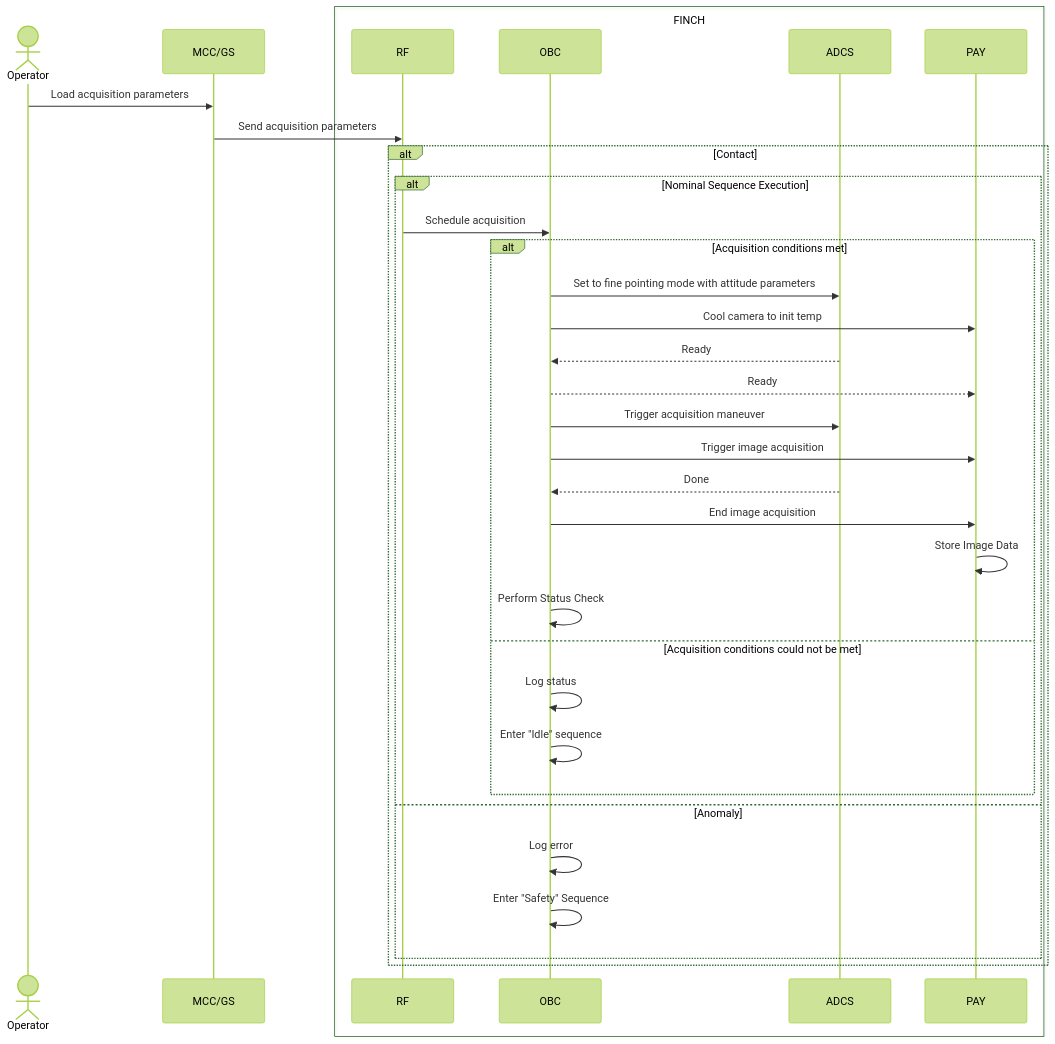
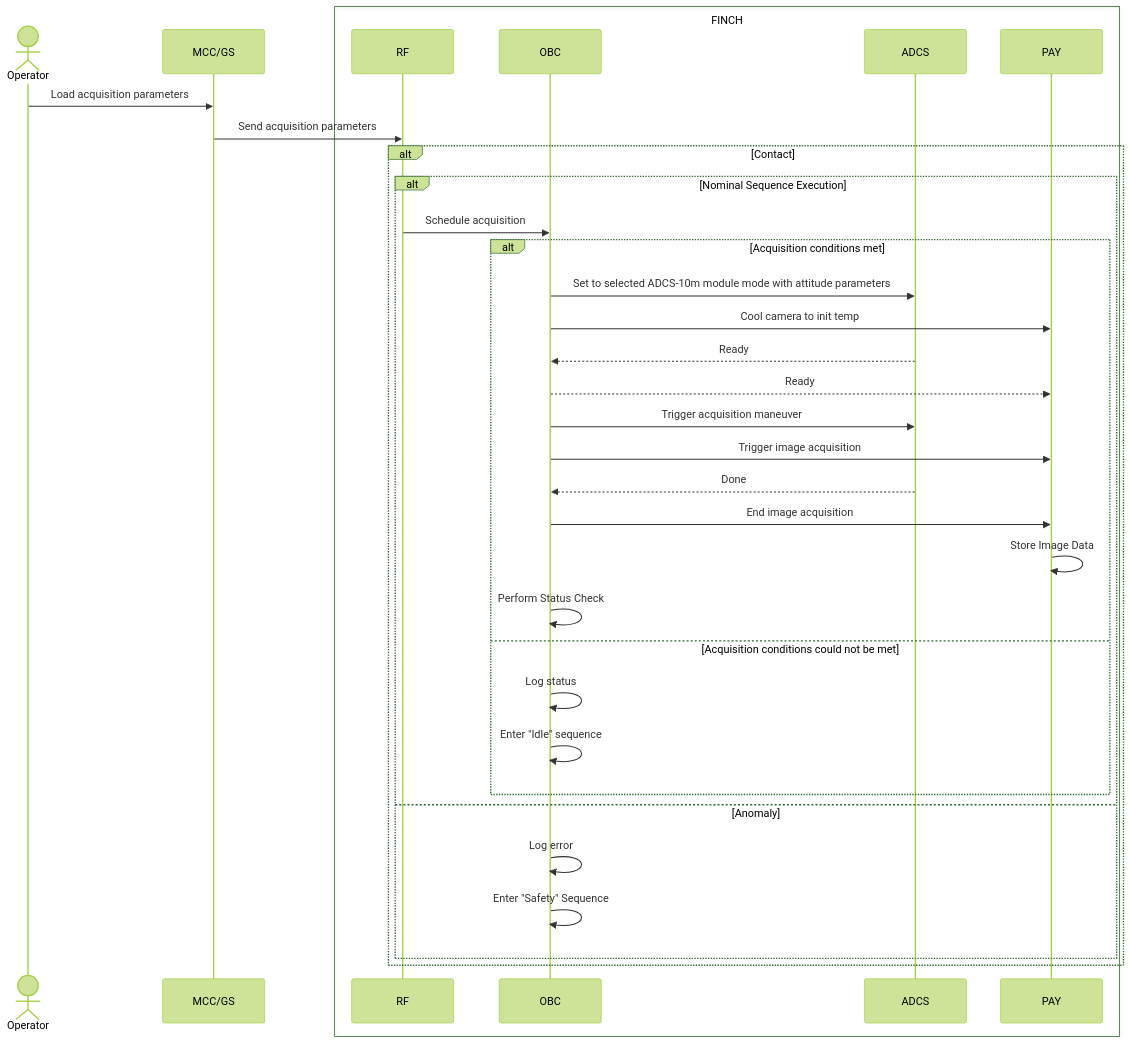
One commit to utat-ss/FINCH-sequence-diagrams changed the diagram in command sequences/acquisition-command.md. Above: the diagram before and after it, drawn with Mermaid (forest theme).

````diff
--- a/command sequences/acquisition-command.md
+++ b/command sequences/acquisition-command.md
@@ -2,44 +2,44 @@
 ```mermaid
 sequenceDiagram
     Actor Operator
     participant MCC/GS
     box FINCH
         participant RF
         participant OBC
         participant ADCS
         participant PAY
     end
 
     Operator->>MCC/GS: Load acquisition parameters
     MCC/GS->>RF: Send acquisition parameters
 
     alt Contact
         alt Nominal Sequence Execution
             RF->>OBC: Schedule acquisition
     
             alt Acquisition conditions met
-                OBC->>ADCS: Set to fine pointing mode with attitude parameters
+                OBC->>ADCS: Set to selected ADCS-10m module mode with attitude parameters
                 OBC->>PAY: Cool camera to init temp
                 ADCS-->>OBC: Ready
                 OBC-->>PAY: Ready
     
                 OBC->>ADCS: Trigger acquisition maneuver
                 OBC->>PAY: Trigger image acquisition
                 ADCS-->>OBC: Done
                 OBC->>PAY: End image acquisition
                 PAY->>PAY: Store Image Data
 
                 OBC->>OBC: Perform Status Check
     
             else Acquisition conditions could not be met
                 OBC->>OBC: Log status
                 OBC->>OBC: Enter "Idle" sequence
             end
         else Anomaly
             OBC->>OBC: Log error
             OBC->>OBC: Enter "Safety" Sequence
         end
 end
     
 
 ```
````
